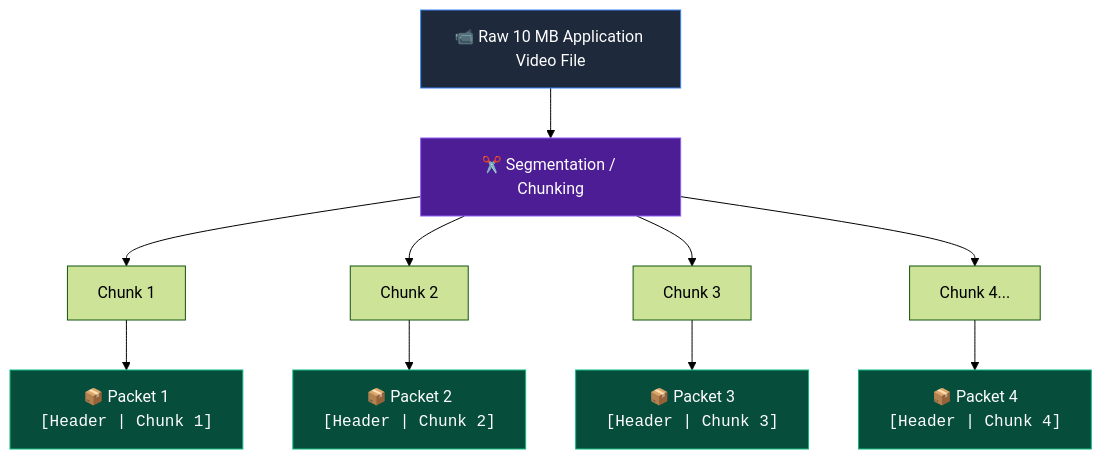
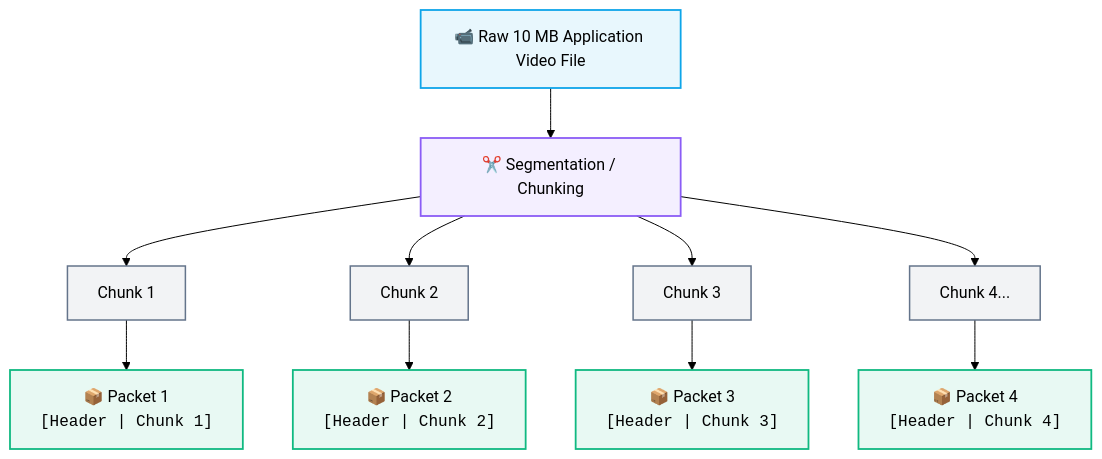
One commit to abhinavbharti2345/CS_Notes changed the first of 3 diagrams in Computer Networking/Packets and Packet Switching.md. Above: the diagram before and after it, drawn with Mermaid (forest theme). The commit also changed other lines of this file and 47 other files, not shown here.

Commit message:
docs: add computer science study notes and generate graphify visualization output

````diff
--- a/Computer Networking/Packets and Packet Switching.md
+++ b/Computer Networking/Packets and Packet Switching.md
@@ -27,21 +27,24 @@
 ```mermaid
 flowchart TD
     Raw["📹 Raw 10 MB Application Video File"] --> Split["✂️ Segmentation / Chunking"]
     
     Split --> C1["Chunk 1"]
     Split --> C2["Chunk 2"]
     Split --> C3["Chunk 3"]
     Split --> C4["Chunk 4..."]
     
     C1 --> P1["📦 Packet 1<br><code>[Header | Chunk 1]</code>"]
     C2 --> P2["📦 Packet 2<br><code>[Header | Chunk 2]</code>"]
     C3 --> P3["📦 Packet 3<br><code>[Header | Chunk 3]</code>"]
     C4 --> P4["📦 Packet 4<br><code>[Header | Chunk 4]</code>"]
 
-    style Raw fill:#1e293b,stroke:#3b82f6,color:#fff
-    style Split fill:#4c1d95,stroke:#8b5cf6,color:#fff
-    style P1 fill:#064e3b,stroke:#10b981,color:#fff
-    style P2 fill:#064e3b,stroke:#10b981,color:#fff
-    style P3 fill:#064e3b,stroke:#10b981,color:#fff
-    style P4 fill:#064e3b,stroke:#10b981,color:#fff
+    classDef raw fill:#0ea5e918,stroke:#0ea5e9,stroke-width:1.8px;
+    classDef split fill:#8b5cf618,stroke:#8b5cf6,stroke-width:1.8px;
+    classDef chunk fill:#64748b15,stroke:#64748b,stroke-width:1.5px;
+    classDef pkt fill:#10b98118,stroke:#10b981,stroke-width:1.8px;
+
+    class Raw raw;
+    class Split split;
+    class C1,C2,C3,C4 chunk;
+    class P1,P2,P3,P4 pkt;
 ```
````
